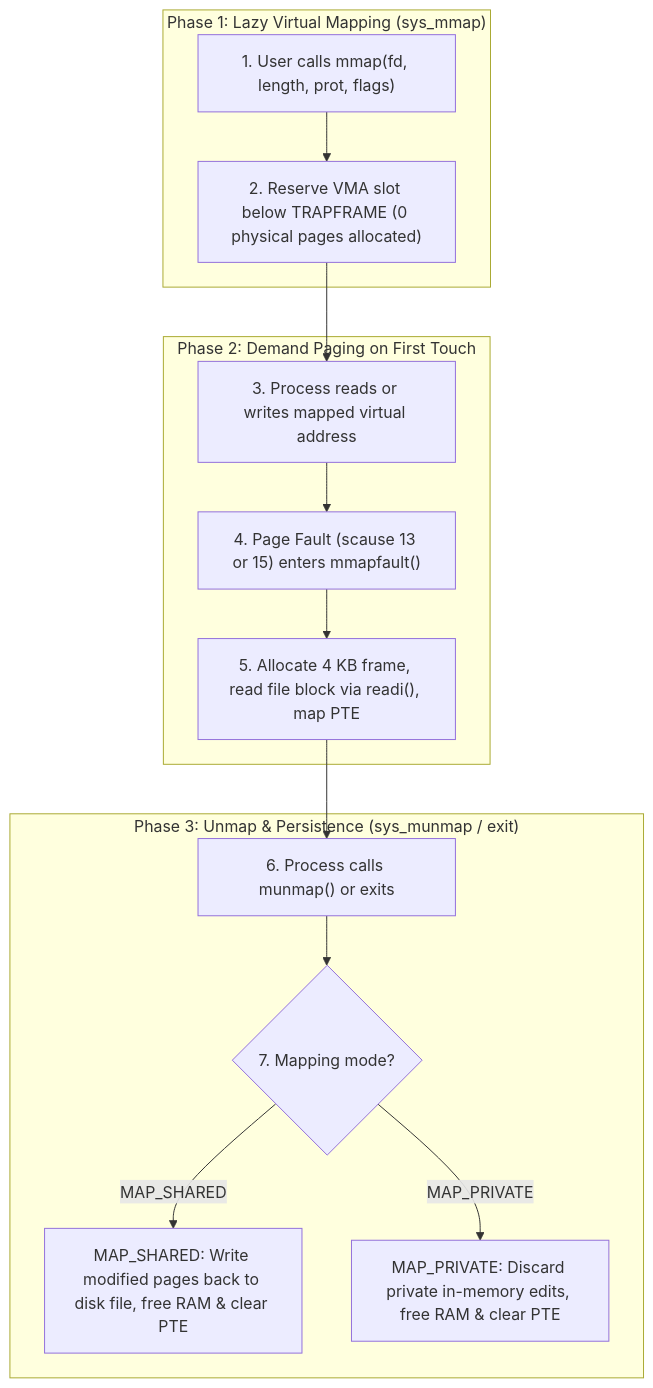
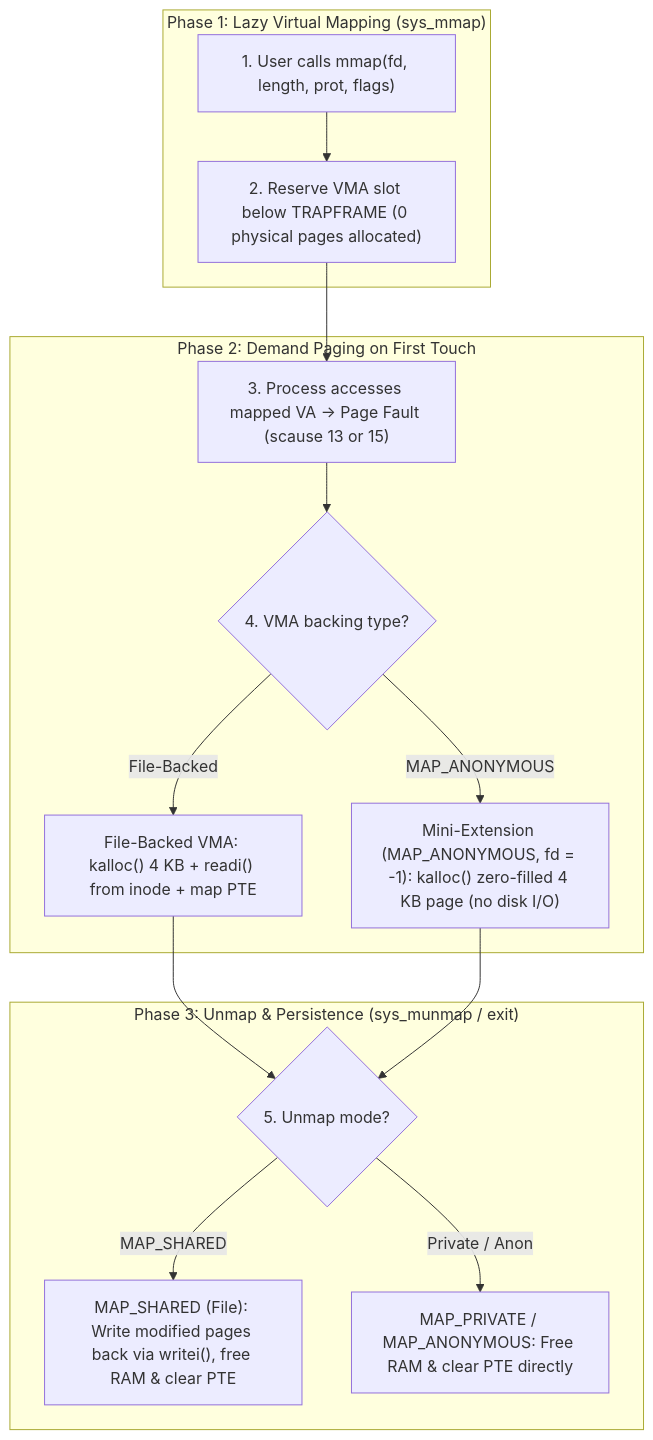
The sixth of 21 diagrams in README.md (asbahkhan67-ctrl/xv6-riscv), drawn with Mermaid before and after one commit. The commit also changed other lines of this file, not shown here.

````diff
--- a/README.md
+++ b/README.md
@@ -321,28 +354,30 @@
 ```mermaid
 flowchart TD
     subgraph P1["Phase 1: Lazy Virtual Mapping (sys_mmap)"]
         M1["1. User calls mmap(fd, length, prot, flags)"]
         M2["2. Reserve VMA slot below TRAPFRAME (0 physical pages allocated)"]
         M1 --> M2
     end
 
     subgraph P2["Phase 2: Demand Paging on First Touch"]
-        D1["3. Process reads or writes mapped virtual address"]
-        D2["4. Page Fault (scause 13 or 15) enters mmapfault()"]
-        D3["5. Allocate 4 KB frame, read file block via readi(), map PTE"]
-        D1 --> D2 --> D3
+        D1["3. Process accesses mapped VA -> Page Fault (scause 13 or 15)"]
+        D2{"4. VMA backing type?"}
+        D3["File-Backed VMA: kalloc() 4 KB + readi() from inode + map PTE"]
+        D4["Mini-Extension (MAP_ANONYMOUS, fd = -1): kalloc() zero-filled 4 KB page (no disk I/O)"]
+        D1 --> D2
+        D2 -- "File-Backed" --> D3
+        D2 -- "MAP_ANONYMOUS" --> D4
     end
 
     subgraph P3["Phase 3: Unmap & Persistence (sys_munmap / exit)"]
-        U1["6. Process calls munmap() or exits"]
-        U2{"7. Mapping mode?"}
-        U3["MAP_SHARED: Write modified pages back to disk file, free RAM & clear PTE"]
-        U4["MAP_PRIVATE: Discard private in-memory edits, free RAM & clear PTE"]
-        U1 --> U2
-        U2 -- "MAP_SHARED" --> U3
-        U2 -- "MAP_PRIVATE" --> U4
+        U1{"5. Unmap mode?"}
+        U2["MAP_SHARED (File): Write modified pages back via writei(), free RAM & clear PTE"]
+        U3["MAP_PRIVATE / MAP_ANONYMOUS: Free RAM & clear PTE directly"]
+        U1 -- "MAP_SHARED" --> U2
+        U1 -- "Private / Anon" --> U3
     end
 
     M2 --> D1
     D3 --> U1
+    D4 --> U1
 ```
````
